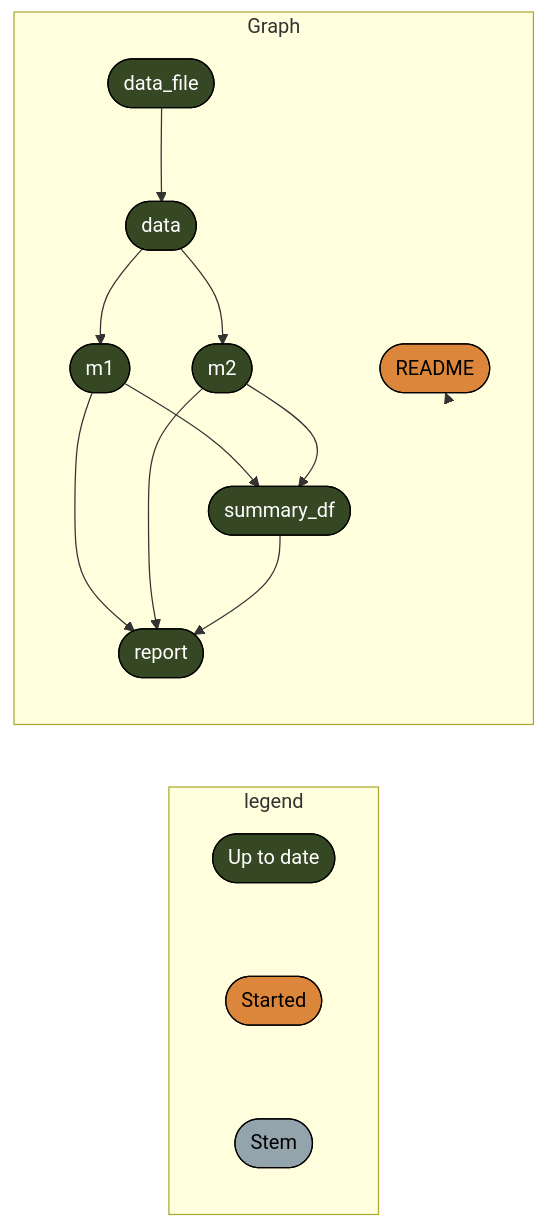
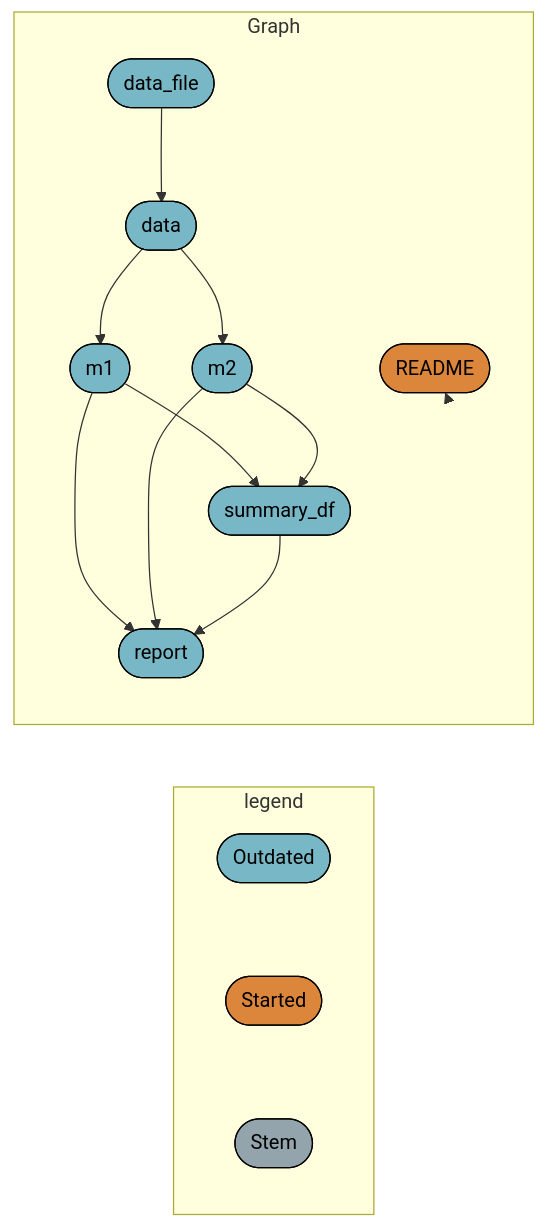
One commit to cct-datascience/targets-demo changed the diagram in README.md. Above: the diagram before and after it, drawn with Mermaid. The commit also changed other lines of this file and 2 other files, not shown here.

Commit message:
add links to `targets` projects in the wild

````diff
--- a/README.md
+++ b/README.md
@@ -13,24 +24,24 @@
 ``` mermaid
 graph LR
   subgraph legend
-    x7420bd9270f8d27d([""Up to date""]):::uptodate --- x5b3426b4c7fa7dbc([""Started""]):::started
+    x0a52b03877696646([""Outdated""]):::outdated --- x5b3426b4c7fa7dbc([""Started""]):::started
     x5b3426b4c7fa7dbc([""Started""]):::started --- xbf4603d6c2c2ad6b([""Stem""]):::none
   end
   subgraph Graph
-    x91ab60ce02b784dc(["m1"]):::uptodate --> xce932be5e2ca916b(["summary_df"]):::uptodate
-    xdb805eb4c75210a1(["m2"]):::uptodate --> xce932be5e2ca916b(["summary_df"]):::uptodate
-    x91ab60ce02b784dc(["m1"]):::uptodate --> xe0fba61fbc506510(["report"]):::uptodate
-    xdb805eb4c75210a1(["m2"]):::uptodate --> xe0fba61fbc506510(["report"]):::uptodate
-    xce932be5e2ca916b(["summary_df"]):::uptodate --> xe0fba61fbc506510(["report"]):::uptodate
-    x9902c3bf9eac92fd(["data_file"]):::uptodate --> xb7119b48552d1da3(["data"]):::uptodate
-    xb7119b48552d1da3(["data"]):::uptodate --> x91ab60ce02b784dc(["m1"]):::uptodate
-    xb7119b48552d1da3(["data"]):::uptodate --> xdb805eb4c75210a1(["m2"]):::uptodate
+    x91ab60ce02b784dc(["m1"]):::outdated --> xce932be5e2ca916b(["summary_df"]):::outdated
+    xdb805eb4c75210a1(["m2"]):::outdated --> xce932be5e2ca916b(["summary_df"]):::outdated
+    x91ab60ce02b784dc(["m1"]):::outdated --> xe0fba61fbc506510(["report"]):::outdated
+    xdb805eb4c75210a1(["m2"]):::outdated --> xe0fba61fbc506510(["report"]):::outdated
+    xce932be5e2ca916b(["summary_df"]):::outdated --> xe0fba61fbc506510(["report"]):::outdated
+    x9902c3bf9eac92fd(["data_file"]):::outdated --> xb7119b48552d1da3(["data"]):::outdated
+    xb7119b48552d1da3(["data"]):::outdated --> x91ab60ce02b784dc(["m1"]):::outdated
+    xb7119b48552d1da3(["data"]):::outdated --> xdb805eb4c75210a1(["m2"]):::outdated
     x793b57f9be3e25d5(["README"]):::started --> x793b57f9be3e25d5(["README"]):::started
   end
-  classDef uptodate stroke:#000000,color:#ffffff,fill:#354823;
+  classDef outdated stroke:#000000,color:#000000,fill:#78B7C5;
   classDef started stroke:#000000,color:#000000,fill:#DC863B;
   classDef none stroke:#000000,color:#000000,fill:#94a4ac;
   linkStyle 0 stroke-width:0px;
   linkStyle 1 stroke-width:0px;
   linkStyle 10 stroke-width:0px;
 ```
````
